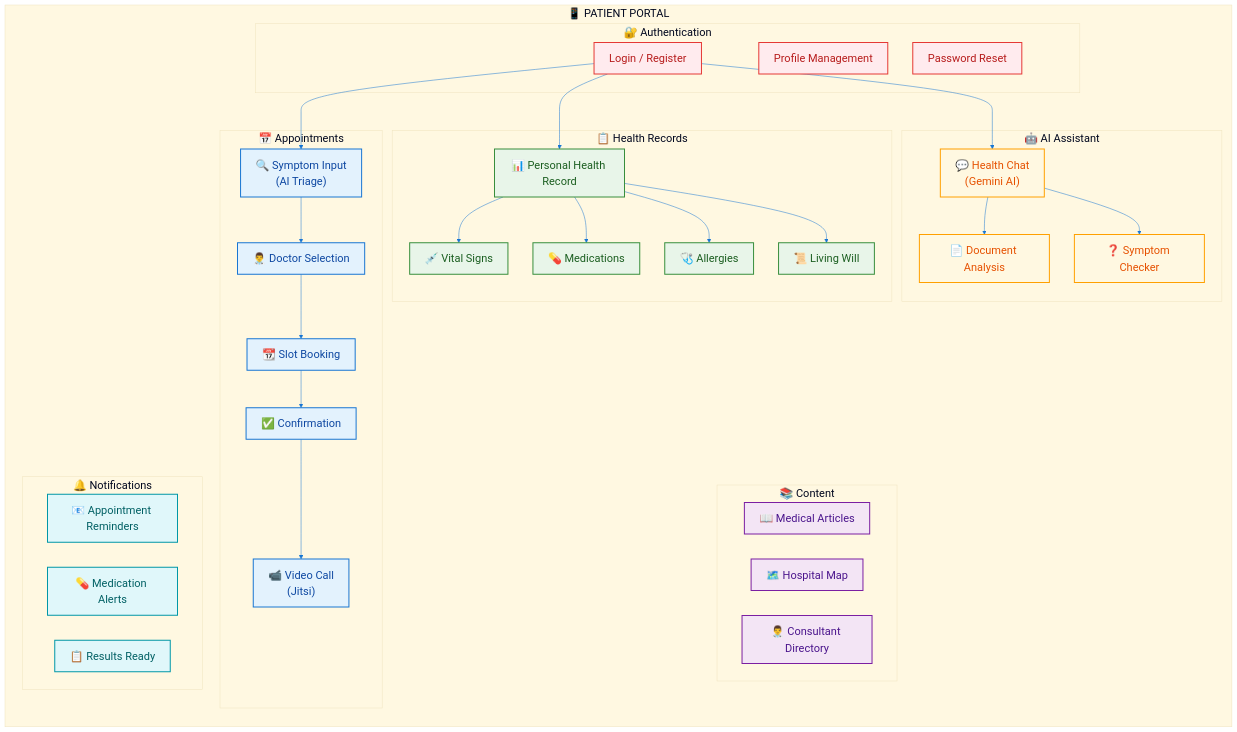
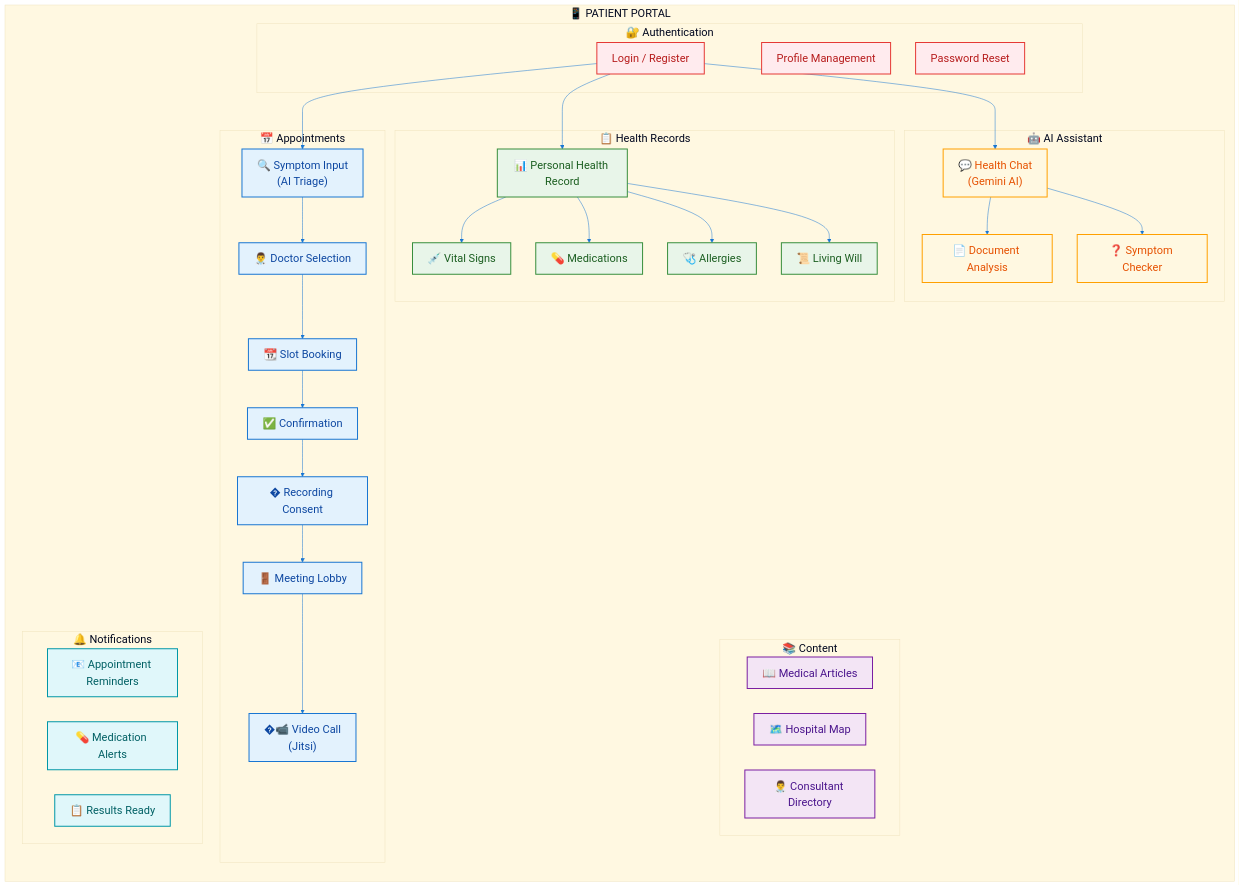
Before and after one commit to chiraleo2000/Isara-Anywhere: the diagram in Presentations/diagrams/02-patient-features.mmd, drawn with Mermaid. The commit also changed 294 other files, not shown here.

```diff
--- a/Presentations/diagrams/02-patient-features.mmd
+++ b/Presentations/diagrams/02-patient-features.mmd
@@ -1,83 +1,85 @@
 %%{init: {
   'theme': 'base',
   'themeVariables': {
     'primaryColor': '#E3F2FD',
     'primaryTextColor': '#0D47A1',
     'primaryBorderColor': '#2196F3',
     'lineColor': '#1976D2',
     'secondaryColor': '#E8F5E9',
     'tertiaryColor': '#FFF8E1',
     'fontSize': '22px',
     'fontFamily': 'Segoe UI, Arial'
   }
 }}%%
 
 flowchart TB
     subgraph PP["📱 PATIENT PORTAL"]
         direction TB
         
         subgraph AUTH["🔐 Authentication"]
             A1["Login / Register"]
             A2["Profile Management"]
             A3["Password Reset"]
         end
         
         subgraph APPT["📅 Appointments"]
             B1["🔍 Symptom Input<br/>(AI Triage)"]
             B2["👨‍⚕️ Doctor Selection"]
             B3["📆 Slot Booking"]
             B4["✅ Confirmation"]
-            B5["📹 Video Call<br/>(Jitsi)"]
+            B5["� Recording Consent"]
+            B6["🚪 Meeting Lobby"]
+            B7["�📹 Video Call<br/>(Jitsi)"]
         end
         
         subgraph PHR["📋 Health Records"]
             C1["📊 Personal Health Record"]
             C2["💉 Vital Signs"]
             C3["💊 Medications"]
             C4["🩺 Allergies"]
             C5["📜 Living Will"]
         end
         
         subgraph AI_ASSIST["🤖 AI Assistant"]
             D1["💬 Health Chat<br/>(Gemini AI)"]
             D2["📄 Document Analysis"]
             D3["❓ Symptom Checker"]
         end
         
         subgraph CONTENT["📚 Content"]
             E1["📖 Medical Articles"]
             E2["🗺️ Hospital Map"]
             E3["👨‍⚕️ Consultant Directory"]
         end
         
         subgraph NOTIFY["🔔 Notifications"]
             F1["📧 Appointment Reminders"]
             F2["💊 Medication Alerts"]
             F3["📋 Results Ready"]
         end
     end
 
     A1 --> B1
-    B1 --> B2 --> B3 --> B4 --> B5
+    B1 --> B2 --> B3 --> B4 --> B5 --> B6 --> B7
     A1 --> C1
     C1 --> C2
     C1 --> C3
     C1 --> C4
     C1 --> C5
     A1 --> D1
     D1 --> D2
     D1 --> D3
 
     classDef authStyle fill:#FFEBEE,stroke:#E53935,stroke-width:2px,color:#B71C1C
     classDef apptStyle fill:#E3F2FD,stroke:#1976D2,stroke-width:2px,color:#0D47A1
     classDef phrStyle fill:#E8F5E9,stroke:#388E3C,stroke-width:2px,color:#1B5E20
     classDef aiStyle fill:#FFF8E1,stroke:#FFA000,stroke-width:2px,color:#E65100
     classDef contentStyle fill:#F3E5F5,stroke:#7B1FA2,stroke-width:2px,color:#4A148C
     classDef notifyStyle fill:#E0F7FA,stroke:#0097A7,stroke-width:2px,color:#006064
 
     class A1,A2,A3 authStyle
-    class B1,B2,B3,B4,B5 apptStyle
+    class B1,B2,B3,B4,B5,B6,B7 apptStyle
     class C1,C2,C3,C4,C5 phrStyle
     class D1,D2,D3 aiStyle
     class E1,E2,E3 contentStyle
     class F1,F2,F3 notifyStyle
```
